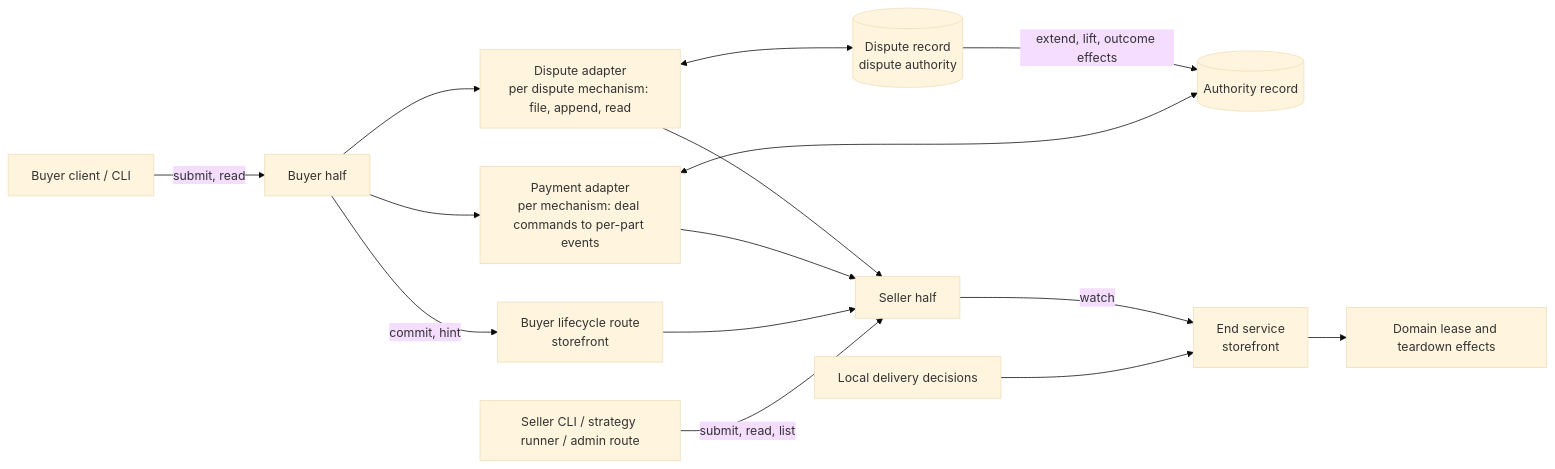
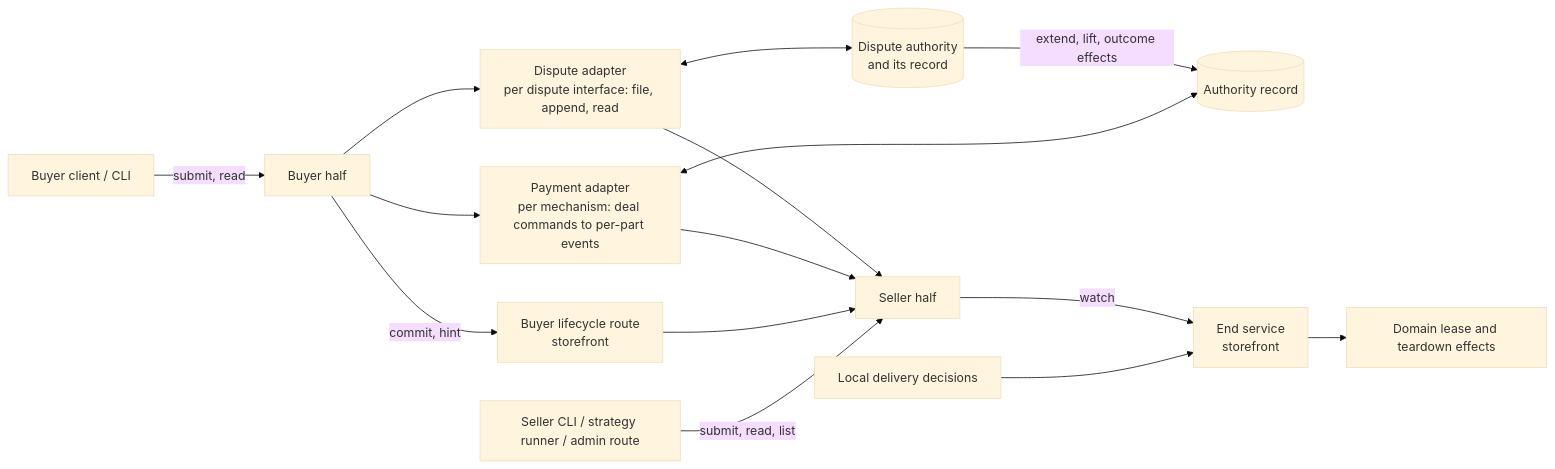
Before and after one commit to arkhai-io/simple-compute-market: the first of 2 diagrams in openspec/changes/agreed-evidence-and-early-termination/design.md, drawn with Mermaid (base theme). The commit also changed other lines of this file and 13 other files, not shown here.

Commit message:
Per-deal independent dispute authorities; seventh-round triage

````diff
--- a/openspec/changes/agreed-evidence-and-early-termination/design.md
+++ b/openspec/changes/agreed-evidence-and-early-termination/design.md
@@ -152,17 +166,17 @@
 ```mermaid
 flowchart LR
     BC[Buyer client / CLI] -->|submit, read| BH[Buyer half]
     BH --> AD[Payment adapter<br/>per mechanism: deal commands to per-part events]
-    BH --> AR[Dispute adapter<br/>per dispute mechanism: file, append, read]
-    AR <--> AC[(Dispute record<br/>dispute authority)]
+    BH --> AR[Dispute adapter<br/>per dispute interface: file, append, read]
+    AR <--> AC[(Dispute authority<br/>and its record)]
     AC -->|extend, lift, outcome effects| AU
     AR --> SH
     BH -->|commit, hint| LR[Buyer lifecycle route<br/>storefront]
     AD <--> AU[(Authority record)]
     AD --> SH[Seller half]
     SH -->|watch| ES[End service<br/>storefront]
     LR --> SH
     SC[Seller CLI / strategy runner / admin route] -->|submit, read, list| SH
     LD[Local delivery decisions] --> ES
     ES --> DP[Domain lease and teardown effects]
 ```
````
